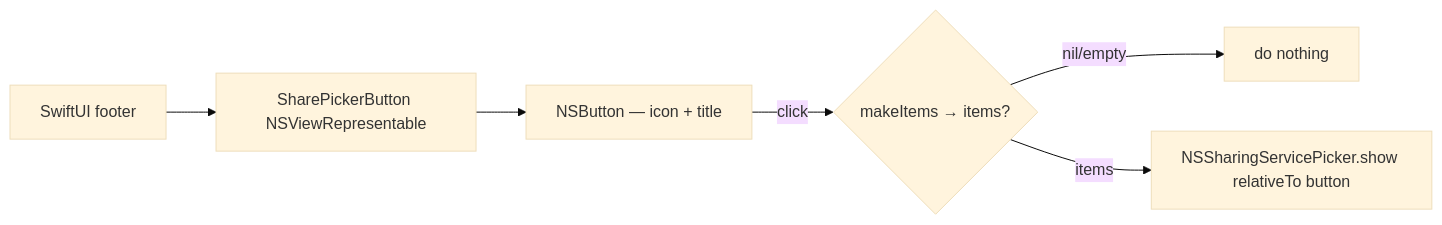
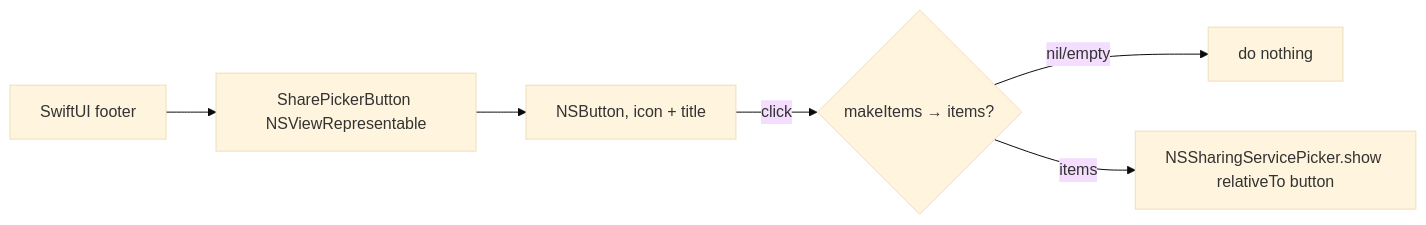
One commit to MrDemonWolf/WolfWave changed the diagram in design-system/components/share-picker-button.md. Above: the diagram before and after it, drawn with Mermaid (base theme). The commit also changed other lines of this file and 152 other files, not shown here.

````diff
--- a/design-system/components/share-picker-button.md
+++ b/design-system/components/share-picker-button.md
@@ -25,8 +25,8 @@
 ```mermaid
 graph LR
   SwiftUI[SwiftUI footer] --> Rep[SharePickerButton NSViewRepresentable]
-  Rep --> Btn[NSButton — icon + title]
+  Rep --> Btn[NSButton, icon + title]
   Btn -->|click| Items{makeItems → items?}
   Items -->|nil/empty| Noop[do nothing]
   Items -->|items| Picker[NSSharingServicePicker.show relativeTo button]
 ```
````
